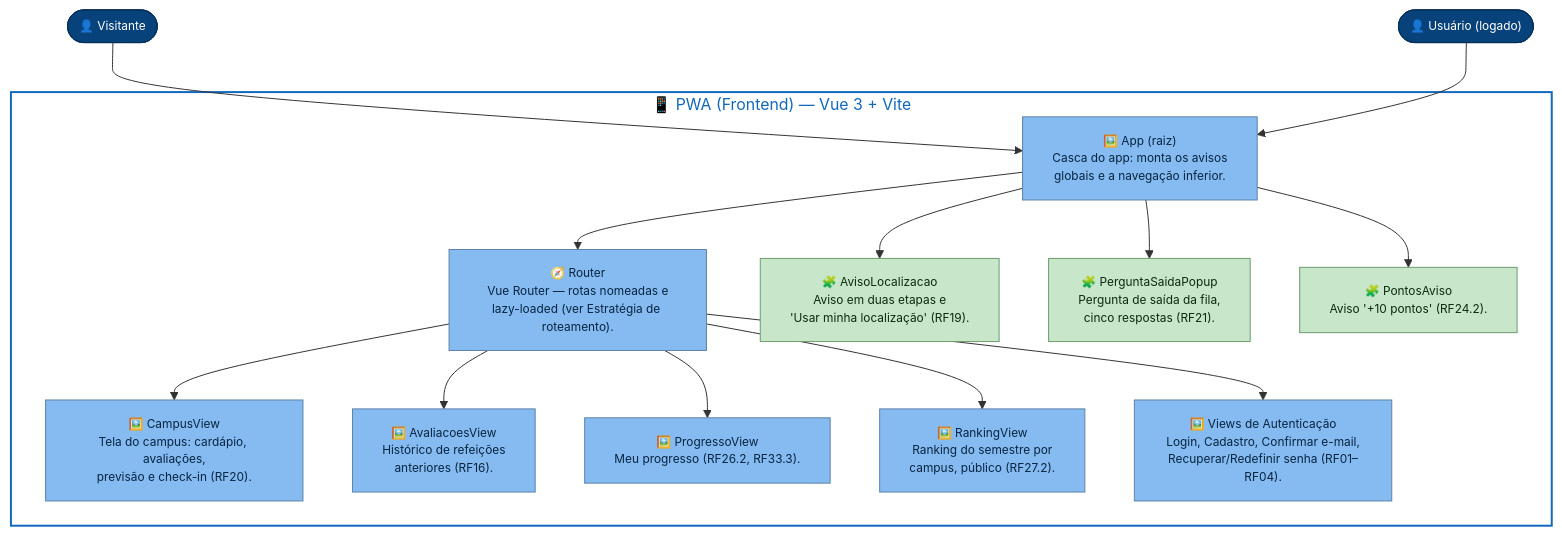
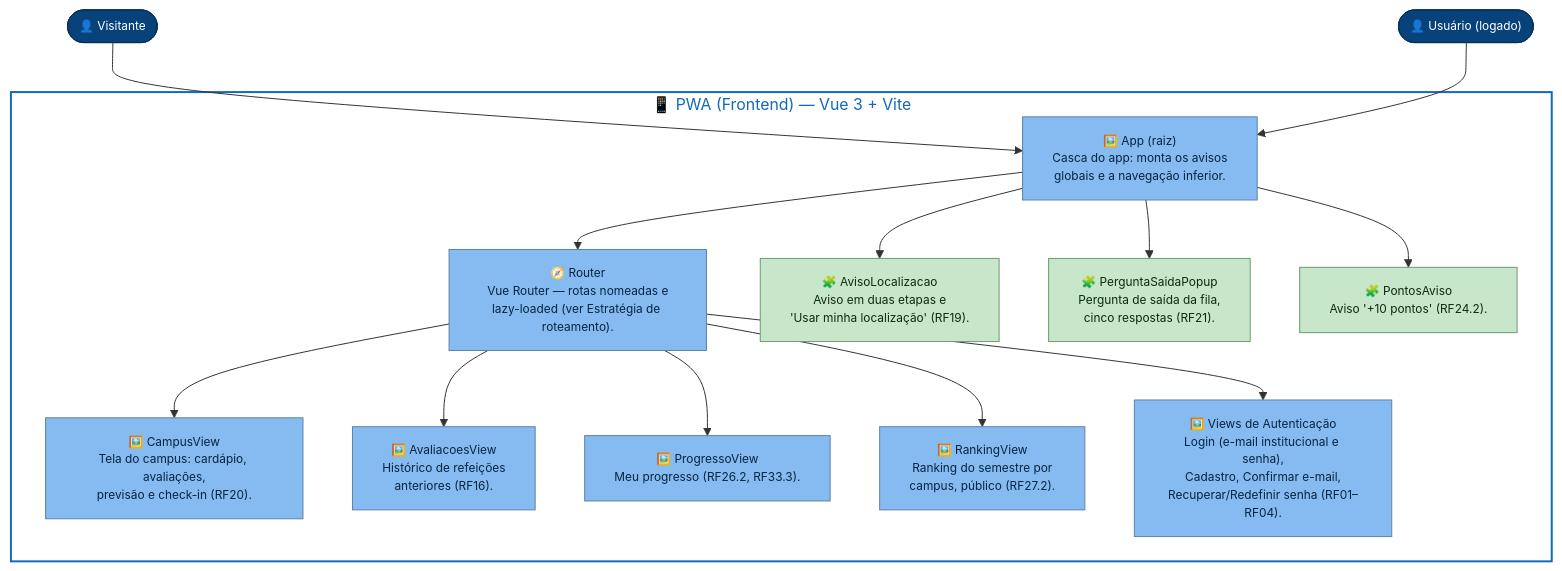
Before and after one commit to unb-mds/2026-2-Bandejao-UnB: the first of 11 diagrams in docs/arquitetura/front-end/c4-niveis-3-4-frontend-bandejao.md, drawn with Mermaid. The commit also changed other lines of this file and 13 other files, not shown here.

Commit message:
docs: login com e-mail institucional e senha (DOC-12, #202)

````diff
--- a/docs/arquitetura/front-end/c4-niveis-3-4-frontend-bandejao.md
+++ b/docs/arquitetura/front-end/c4-niveis-3-4-frontend-bandejao.md
@@ -58,60 +58,61 @@
 ```mermaid
 flowchart TB
   visitante(["👤 Visitante"])
   usuario(["👤 Usuário (logado)"])
 
   subgraph frontend["📱 PWA (Frontend) — Vue 3 + Vite"]
     app["🖼️ App (raiz)
 Casca do app: monta os avisos
 globais e a navegação inferior."]
     router["🧭 Router
 Vue Router — rotas nomeadas e
 lazy-loaded (ver Estratégia de roteamento)."]
 
     campusView["🖼️ CampusView
 Tela do campus: cardápio, avaliações,
 previsão e check-in (RF20)."]
     avaliacoesView["🖼️ AvaliacoesView
 Histórico de refeições
 anteriores (RF16)."]
     progressoView["🖼️ ProgressoView
 Meu progresso (RF26.2, RF33.3)."]
     rankingView["🖼️ RankingView
 Ranking do semestre por
 campus, público (RF27.2)."]
     authViews["🖼️ Views de Autenticação
-Login, Cadastro, Confirmar e-mail,
+Login (e-mail institucional e senha),
+Cadastro, Confirmar e-mail,
 Recuperar/Redefinir senha (RF01–RF04)."]
 
     avisoLocalizacao["🧩 AvisoLocalizacao
 Aviso em duas etapas e
 'Usar minha localização' (RF19)."]
     perguntaSaida["🧩 PerguntaSaidaPopup
 Pergunta de saída da fila,
 cinco respostas (RF21)."]
     pontosAviso["🧩 PontosAviso
 Aviso '+10 pontos' (RF24.2)."]
   end
 
   visitante --> app
   usuario --> app
   app --> router
   app --> avisoLocalizacao
   app --> perguntaSaida
   app --> pontosAviso
   router --> campusView
   router --> avaliacoesView
   router --> progressoView
   router --> rankingView
   router --> authViews
 
   classDef person fill:#08427b,stroke:#052e56,color:#fff,font-size:12px
   classDef view fill:#85bbf0,stroke:#5d82a8,color:#082542,font-size:12px
   classDef component fill:#c8e6c9,stroke:#6b9b6e,color:#0d2b0e,font-size:12px
   classDef boundary fill:#ffffff,stroke:#1168bd,stroke-width:2px,color:#1168bd
 
   class visitante,usuario person
   class app,router,campusView,avaliacoesView,progressoView,rankingView,authViews view
   class avisoLocalizacao,perguntaSaida,pontosAviso component
   class frontend boundary
 ```
````
